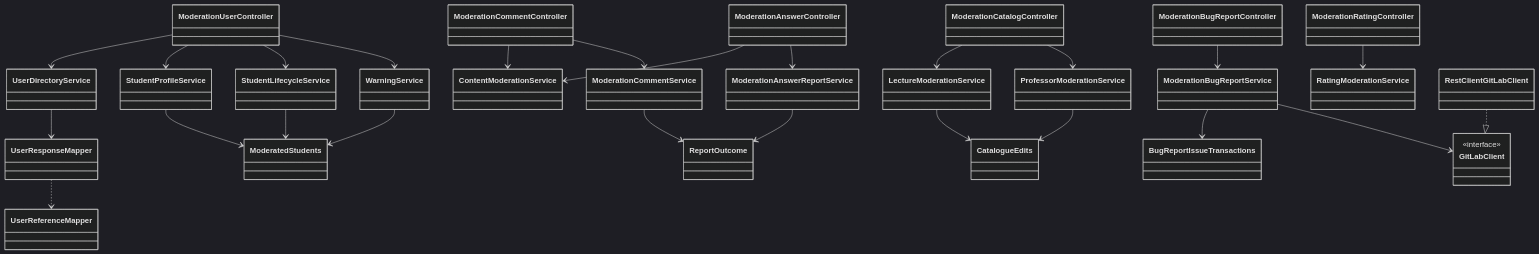
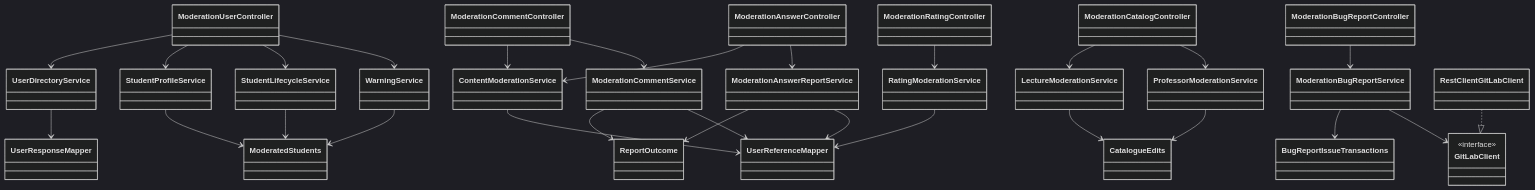
Before and after one commit to AlparslanSemiz/rate-my-professor: the third of 6 diagrams in backend/docs/class-diagrams.md, drawn with Mermaid (dark theme). The commit also changed other lines of this file, not shown here.

Commit message:
correct the class diagrams

````diff
--- a/backend/docs/class-diagrams.md
+++ b/backend/docs/class-diagrams.md
@@ -191,67 +237,71 @@
 ```mermaid
 classDiagram
     direction TB
 
     class ModerationUserController
     class ModerationCommentController
     class ModerationAnswerController
     class ModerationCatalogController
     class ModerationRatingController
     class ModerationBugReportController
 
     class UserDirectoryService
     class StudentProfileService
     class StudentLifecycleService
     class WarningService
     class ModeratedStudents
 
     class ContentModerationService
     class ModerationCommentService
     class ModerationAnswerReportService
     class ReportOutcome
 
     class LectureModerationService
     class ProfessorModerationService
     class CatalogueEdits
 
     class RatingModerationService
     class ModerationBugReportService
     class BugReportIssueTransactions
     class GitLabClient {
         <<interface>>
     }
     class RestClientGitLabClient
 
     class UserResponseMapper
     class UserReferenceMapper
 
     ModerationUserController --> UserDirectoryService
     ModerationUserController --> StudentProfileService
     ModerationUserController --> StudentLifecycleService
     ModerationUserController --> WarningService
 
     UserDirectoryService --> UserResponseMapper
     StudentProfileService --> ModeratedStudents
     StudentLifecycleService --> ModeratedStudents
     WarningService --> ModeratedStudents
 
     ModerationCommentController --> ContentModerationService
     ModerationCommentController --> ModerationCommentService
     ModerationAnswerController --> ContentModerationService
     ModerationAnswerController --> ModerationAnswerReportService
     ModerationCommentService --> ReportOutcome
     ModerationAnswerReportService --> ReportOutcome
 
+    ContentModerationService --> UserReferenceMapper
+    ModerationCommentService --> UserReferenceMapper
+    ModerationAnswerReportService --> UserReferenceMapper
+    RatingModerationService --> UserReferenceMapper
+
     ModerationCatalogController --> LectureModerationService
     ModerationCatalogController --> ProfessorModerationService
     LectureModerationService --> CatalogueEdits
     ProfessorModerationService --> CatalogueEdits
 
     ModerationRatingController --> RatingModerationService
     ModerationBugReportController --> ModerationBugReportService
     ModerationBugReportService --> BugReportIssueTransactions
     ModerationBugReportService --> GitLabClient
     RestClientGitLabClient ..|> GitLabClient
 
-    UserResponseMapper ..> UserReferenceMapper
 ```
````
